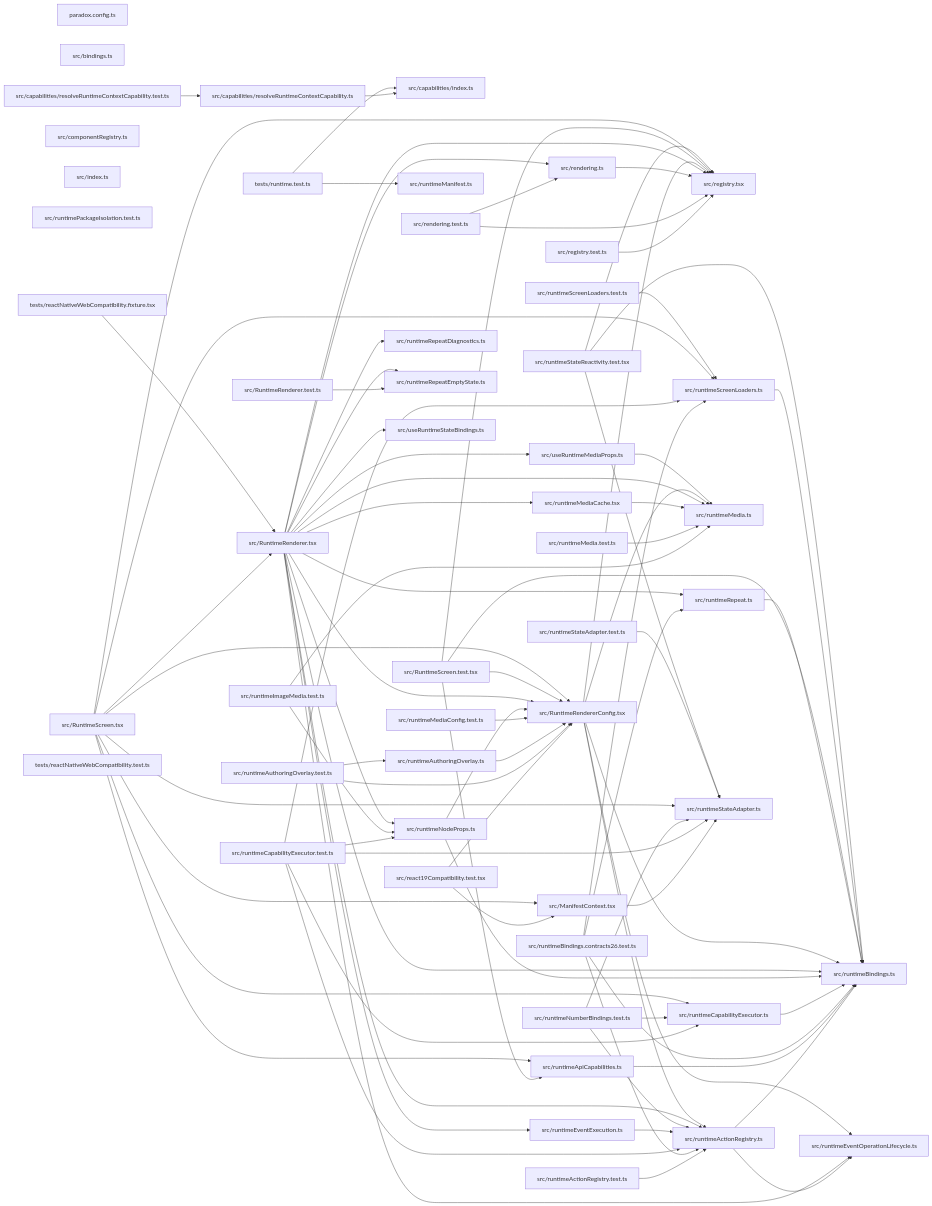
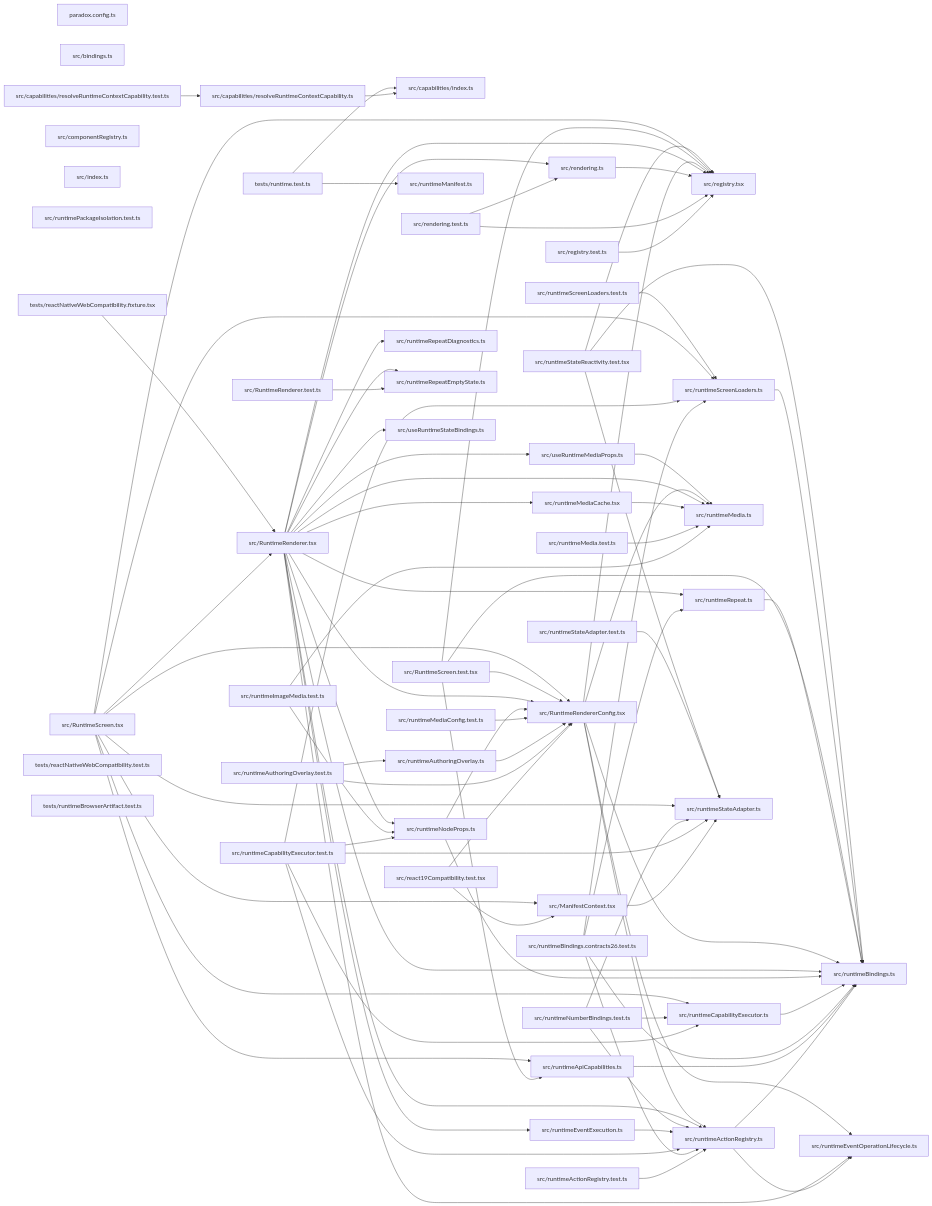
Before and after one commit to ankhorage/runtime: the diagram in paradox/diagrams/module-relationships.mmd, drawn with Mermaid. The commit also changed 9 other files, not shown here.

```diff
--- a/paradox/diagrams/module-relationships.mmd
+++ b/paradox/diagrams/module-relationships.mmd
@@ -1,133 +1,134 @@
 graph LR
   module_paradox_config_ts["paradox.config.ts"]
   module_src_bindings_ts["src/bindings.ts"]
   module_src_capabilities_index_ts["src/capabilities/index.ts"]
   module_src_capabilities_resolveRuntimeContextCapability_test_ts["src/capabilities/resolveRuntimeContextCapability.test.ts"]
   module_src_capabilities_resolveRuntimeContextCapability_ts["src/capabilities/resolveRuntimeContextCapability.ts"]
   module_src_componentRegistry_ts["src/componentRegistry.ts"]
   module_src_index_ts["src/index.ts"]
   module_src_ManifestContext_tsx["src/ManifestContext.tsx"]
   module_src_react19Compatibility_test_tsx["src/react19Compatibility.test.tsx"]
   module_src_registry_test_ts["src/registry.test.ts"]
   module_src_registry_tsx["src/registry.tsx"]
   module_src_rendering_test_ts["src/rendering.test.ts"]
   module_src_rendering_ts["src/rendering.ts"]
   module_src_runtimeActionRegistry_test_ts["src/runtimeActionRegistry.test.ts"]
   module_src_runtimeActionRegistry_ts["src/runtimeActionRegistry.ts"]
   module_src_runtimeApiCapabilities_ts["src/runtimeApiCapabilities.ts"]
   module_src_runtimeAuthoringOverlay_test_ts["src/runtimeAuthoringOverlay.test.ts"]
   module_src_runtimeAuthoringOverlay_ts["src/runtimeAuthoringOverlay.ts"]
   module_src_runtimeBindings_contracts26_test_ts["src/runtimeBindings.contracts26.test.ts"]
   module_src_runtimeBindings_ts["src/runtimeBindings.ts"]
   module_src_runtimeCapabilityExecutor_test_ts["src/runtimeCapabilityExecutor.test.ts"]
   module_src_runtimeCapabilityExecutor_ts["src/runtimeCapabilityExecutor.ts"]
   module_src_runtimeEventExecution_ts["src/runtimeEventExecution.ts"]
   module_src_runtimeEventOperationLifecycle_ts["src/runtimeEventOperationLifecycle.ts"]
   module_src_runtimeImageMedia_test_ts["src/runtimeImageMedia.test.ts"]
   module_src_runtimeManifest_ts["src/runtimeManifest.ts"]
   module_src_runtimeMedia_test_ts["src/runtimeMedia.test.ts"]
   module_src_runtimeMedia_ts["src/runtimeMedia.ts"]
   module_src_runtimeMediaCache_tsx["src/runtimeMediaCache.tsx"]
   module_src_runtimeMediaConfig_test_ts["src/runtimeMediaConfig.test.ts"]
   module_src_runtimeNodeProps_ts["src/runtimeNodeProps.ts"]
   module_src_runtimeNumberBindings_test_ts["src/runtimeNumberBindings.test.ts"]
   module_src_runtimePackageIsolation_test_ts["src/runtimePackageIsolation.test.ts"]
   module_src_RuntimeRenderer_test_ts["src/RuntimeRenderer.test.ts"]
   module_src_RuntimeRenderer_tsx["src/RuntimeRenderer.tsx"]
   module_src_RuntimeRendererConfig_tsx["src/RuntimeRendererConfig.tsx"]
   module_src_runtimeRepeat_ts["src/runtimeRepeat.ts"]
   module_src_runtimeRepeatDiagnostics_ts["src/runtimeRepeatDiagnostics.ts"]
   module_src_runtimeRepeatEmptyState_ts["src/runtimeRepeatEmptyState.ts"]
   module_src_RuntimeScreen_test_tsx["src/RuntimeScreen.test.tsx"]
   module_src_RuntimeScreen_tsx["src/RuntimeScreen.tsx"]
   module_src_runtimeScreenLoaders_test_ts["src/runtimeScreenLoaders.test.ts"]
   module_src_runtimeScreenLoaders_ts["src/runtimeScreenLoaders.ts"]
   module_src_runtimeStateAdapter_test_ts["src/runtimeStateAdapter.test.ts"]
   module_src_runtimeStateAdapter_ts["src/runtimeStateAdapter.ts"]
   module_src_runtimeStateReactivity_test_tsx["src/runtimeStateReactivity.test.tsx"]
   module_src_useRuntimeMediaProps_ts["src/useRuntimeMediaProps.ts"]
   module_src_useRuntimeStateBindings_ts["src/useRuntimeStateBindings.ts"]
   module_tests_reactNativeWebCompatibility_fixture_tsx["tests/reactNativeWebCompatibility.fixture.tsx"]
   module_tests_reactNativeWebCompatibility_test_ts["tests/reactNativeWebCompatibility.test.ts"]
   module_tests_runtime_test_ts["tests/runtime.test.ts"]
+  module_tests_runtimeBrowserArtifact_test_ts["tests/runtimeBrowserArtifact.test.ts"]
   module_src_capabilities_resolveRuntimeContextCapability_test_ts --> module_src_capabilities_resolveRuntimeContextCapability_ts
   module_src_capabilities_resolveRuntimeContextCapability_ts --> module_src_capabilities_index_ts
   module_src_ManifestContext_tsx --> module_src_runtimeStateAdapter_ts
   module_src_react19Compatibility_test_tsx --> module_src_ManifestContext_tsx
   module_src_react19Compatibility_test_tsx --> module_src_RuntimeRendererConfig_tsx
   module_src_registry_test_ts --> module_src_registry_tsx
   module_src_rendering_test_ts --> module_src_registry_tsx
   module_src_rendering_test_ts --> module_src_rendering_ts
   module_src_rendering_ts --> module_src_registry_tsx
   module_src_runtimeActionRegistry_test_ts --> module_src_runtimeActionRegistry_ts
   module_src_runtimeActionRegistry_ts --> module_src_runtimeBindings_ts
   module_src_runtimeActionRegistry_ts --> module_src_runtimeEventOperationLifecycle_ts
   module_src_runtimeApiCapabilities_ts --> module_src_runtimeBindings_ts
   module_src_runtimeAuthoringOverlay_test_ts --> module_src_runtimeAuthoringOverlay_ts
   module_src_runtimeAuthoringOverlay_test_ts --> module_src_RuntimeRendererConfig_tsx
   module_src_runtimeAuthoringOverlay_ts --> module_src_RuntimeRendererConfig_tsx
   module_src_runtimeBindings_contracts26_test_ts --> module_src_runtimeActionRegistry_ts
   module_src_runtimeBindings_contracts26_test_ts --> module_src_runtimeBindings_ts
   module_src_runtimeBindings_contracts26_test_ts --> module_src_runtimeRepeat_ts
   module_src_runtimeBindings_contracts26_test_ts --> module_src_runtimeScreenLoaders_ts
   module_src_runtimeCapabilityExecutor_test_ts --> module_src_runtimeActionRegistry_ts
   module_src_runtimeCapabilityExecutor_test_ts --> module_src_runtimeCapabilityExecutor_ts
   module_src_runtimeCapabilityExecutor_test_ts --> module_src_runtimeNodeProps_ts
   module_src_runtimeCapabilityExecutor_test_ts --> module_src_runtimeScreenLoaders_ts
   module_src_runtimeCapabilityExecutor_test_ts --> module_src_runtimeStateAdapter_ts
   module_src_runtimeCapabilityExecutor_ts --> module_src_runtimeBindings_ts
   module_src_runtimeEventExecution_ts --> module_src_runtimeActionRegistry_ts
   module_src_runtimeImageMedia_test_ts --> module_src_runtimeMedia_ts
   module_src_runtimeImageMedia_test_ts --> module_src_runtimeNodeProps_ts
   module_src_runtimeMedia_test_ts --> module_src_runtimeMedia_ts
   module_src_runtimeMediaCache_tsx --> module_src_runtimeMedia_ts
   module_src_runtimeMediaConfig_test_ts --> module_src_RuntimeRendererConfig_tsx
   module_src_runtimeNodeProps_ts --> module_src_runtimeBindings_ts
   module_src_runtimeNodeProps_ts --> module_src_RuntimeRendererConfig_tsx
   module_src_runtimeNumberBindings_test_ts --> module_src_runtimeActionRegistry_ts
   module_src_runtimeNumberBindings_test_ts --> module_src_runtimeCapabilityExecutor_ts
   module_src_runtimeNumberBindings_test_ts --> module_src_runtimeStateAdapter_ts
   module_src_RuntimeRenderer_test_ts --> module_src_runtimeRepeatEmptyState_ts
   module_src_RuntimeRenderer_tsx --> module_src_registry_tsx
   module_src_RuntimeRenderer_tsx --> module_src_rendering_ts
   module_src_RuntimeRenderer_tsx --> module_src_runtimeActionRegistry_ts
   module_src_RuntimeRenderer_tsx --> module_src_runtimeBindings_ts
   module_src_RuntimeRenderer_tsx --> module_src_runtimeEventExecution_ts
   module_src_RuntimeRenderer_tsx --> module_src_runtimeEventOperationLifecycle_ts
   module_src_RuntimeRenderer_tsx --> module_src_runtimeMedia_ts
   module_src_RuntimeRenderer_tsx --> module_src_runtimeMediaCache_tsx
   module_src_RuntimeRenderer_tsx --> module_src_runtimeNodeProps_ts
   module_src_RuntimeRenderer_tsx --> module_src_RuntimeRendererConfig_tsx
   module_src_RuntimeRenderer_tsx --> module_src_runtimeRepeat_ts
   module_src_RuntimeRenderer_tsx --> module_src_runtimeRepeatDiagnostics_ts
   module_src_RuntimeRenderer_tsx --> module_src_runtimeRepeatEmptyState_ts
   module_src_RuntimeRenderer_tsx --> module_src_useRuntimeMediaProps_ts
   module_src_RuntimeRenderer_tsx --> module_src_useRuntimeStateBindings_ts
   module_src_RuntimeRendererConfig_tsx --> module_src_registry_tsx
   module_src_RuntimeRendererConfig_tsx --> module_src_runtimeActionRegistry_ts
   module_src_RuntimeRendererConfig_tsx --> module_src_runtimeBindings_ts
   module_src_RuntimeRendererConfig_tsx --> module_src_runtimeEventOperationLifecycle_ts
   module_src_RuntimeRendererConfig_tsx --> module_src_runtimeMedia_ts
   module_src_runtimeRepeat_ts --> module_src_runtimeBindings_ts
   module_src_RuntimeScreen_test_tsx --> module_src_registry_tsx
   module_src_RuntimeScreen_test_tsx --> module_src_runtimeApiCapabilities_ts
   module_src_RuntimeScreen_test_tsx --> module_src_runtimeBindings_ts
   module_src_RuntimeScreen_test_tsx --> module_src_RuntimeRendererConfig_tsx
   module_src_RuntimeScreen_tsx --> module_src_ManifestContext_tsx
   module_src_RuntimeScreen_tsx --> module_src_registry_tsx
   module_src_RuntimeScreen_tsx --> module_src_runtimeApiCapabilities_ts
   module_src_RuntimeScreen_tsx --> module_src_runtimeCapabilityExecutor_ts
   module_src_RuntimeScreen_tsx --> module_src_RuntimeRenderer_tsx
   module_src_RuntimeScreen_tsx --> module_src_RuntimeRendererConfig_tsx
   module_src_RuntimeScreen_tsx --> module_src_runtimeScreenLoaders_ts
   module_src_RuntimeScreen_tsx --> module_src_runtimeStateAdapter_ts
   module_src_runtimeScreenLoaders_test_ts --> module_src_runtimeScreenLoaders_ts
   module_src_runtimeScreenLoaders_ts --> module_src_runtimeBindings_ts
   module_src_runtimeStateAdapter_test_ts --> module_src_runtimeStateAdapter_ts
   module_src_runtimeStateReactivity_test_tsx --> module_src_registry_tsx
   module_src_runtimeStateReactivity_test_tsx --> module_src_runtimeBindings_ts
   module_src_runtimeStateReactivity_test_tsx --> module_src_runtimeStateAdapter_ts
   module_src_useRuntimeMediaProps_ts --> module_src_runtimeMedia_ts
   module_tests_reactNativeWebCompatibility_fixture_tsx --> module_src_RuntimeRenderer_tsx
   module_tests_runtime_test_ts --> module_src_capabilities_index_ts
   module_tests_runtime_test_ts --> module_src_runtimeManifest_ts
```
